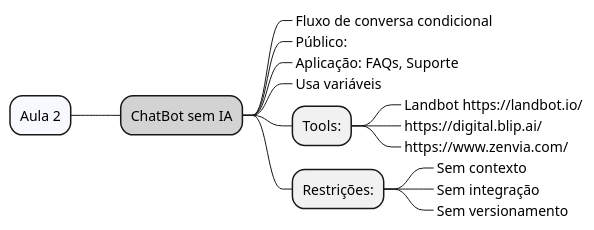
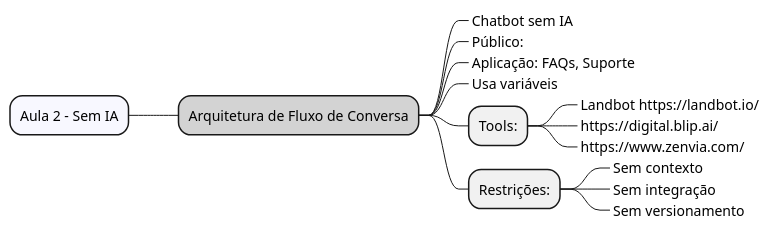
Before and after one commit to acnaweb/chatbot: the diagram in docs/src/aula2.wsd, drawn with PlantUML. The commit also changed 11 other files, not shown here.

```diff
--- a/docs/src/aula2.wsd
+++ b/docs/src/aula2.wsd
@@ -1,25 +1,25 @@
 @startmindmap
 
-*[#F8F8FF] Aula 2
+*[#F8F8FF] Aula 2 - Sem IA
 
-**[#LightGray] ChatBot sem IA
+**[#LightGray] Arquitetura de Fluxo de Conversa
 
-***_ Fluxo de conversa condicional
+***_ Chatbot sem IA
 ***_ Público: 
 ***_ Aplicação: FAQs, Suporte
 ***_ Usa variáveis
 
 *** Tools:
 ****_ Landbot https://landbot.io/
 ****_ https://digital.blip.ai/
 ****_ https://www.zenvia.com/
 
 *** Restrições:
 ****_ Sem contexto
 ****_ Sem integração
 ****_ Sem versionamento
 
 
 left side
 
 @endmindmap
```
